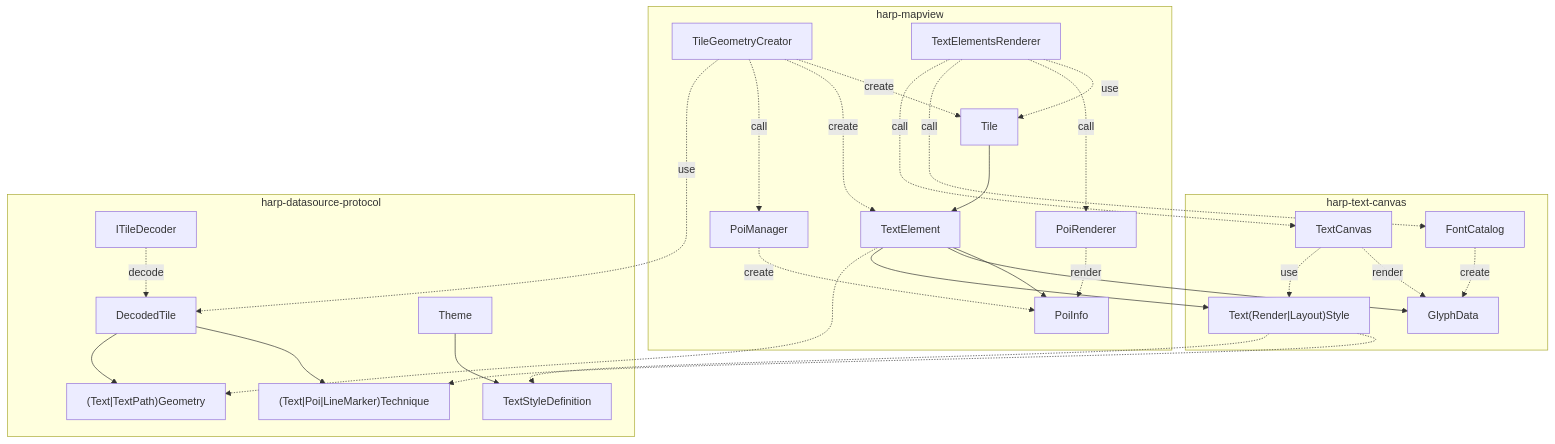
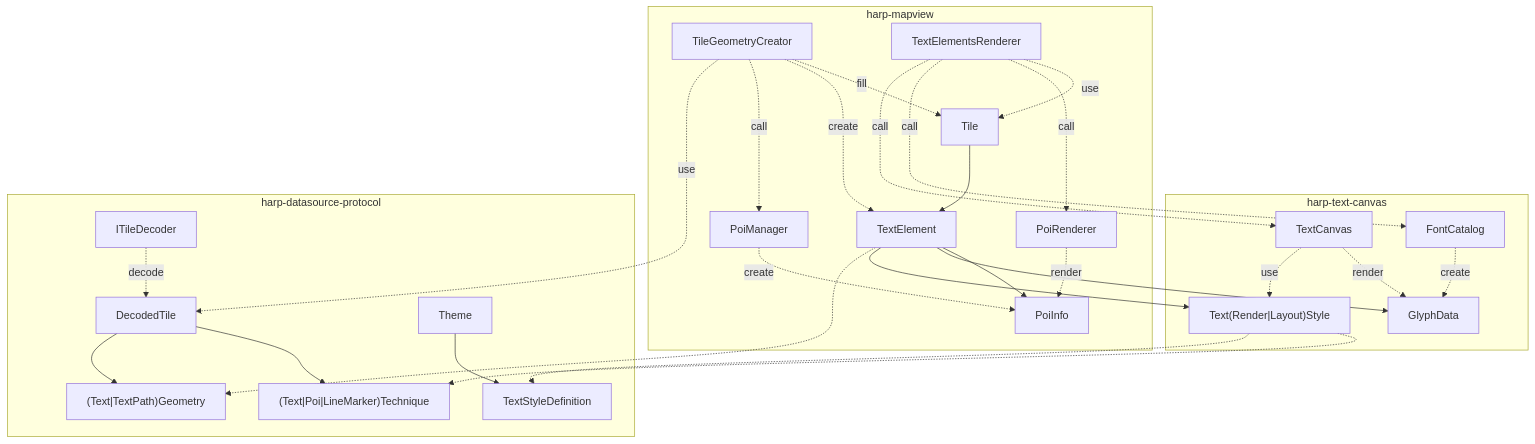
Before and after one commit to heremaps/harp.gl: the diagram in docs/@docs/label-rendering/component_diagram.mmd, drawn with Mermaid. The commit also changed other lines of this file and 2 other files, not shown here.

```diff
--- a/docs/@docs/label-rendering/component_diagram.mmd
+++ b/docs/@docs/label-rendering/component_diagram.mmd
@@ -1,35 +1,35 @@
 graph TB
 
     subgraph harp-text-canvas
     FontCatalog -.create.-> GlyphData
     TextCanvas -.render.-> GlyphData
     TextCanvas -.use.-> TextStyle["Text(Render|Layout)Style"]
     end
 
     subgraph harp-mapview
     PoiManager -.create.-> PoiInfo
-    TileGeometryCreator -.create.-> Tile
+    TileGeometryCreator -.fill.-> Tile
     TileGeometryCreator -.create.-> TextElement
     TileGeometryCreator -.call.-> PoiManager
     Tile --> TextElement
     TextElement --> PoiInfo
     TextElementsRenderer -.use.-> Tile
     TextElementsRenderer -.call.-> PoiRenderer
     PoiRenderer -.render.-> PoiInfo
     end
 
     subgraph harp-datasource-protocol
     ITileDecoder -.decode.->DecodedTile
     Theme --> TextStyleDefinition
     DecodedTile --> Technique["(Text|Poi|LineMarker)Technique"]
     DecodedTile --> TextGeometry["(Text|TextPath)Geometry"]
     end
 
     TileGeometryCreator -.use.-> DecodedTile
     TextElementsRenderer -.call.-> FontCatalog
     TextElementsRenderer -.call.-> TextCanvas
     TextElement --> GlyphData
     TextElement --> TextStyle
     TextStyle -.-> Technique
     TextStyle -.-> TextStyleDefinition
     TextElement -.-> TextGeometry
```
